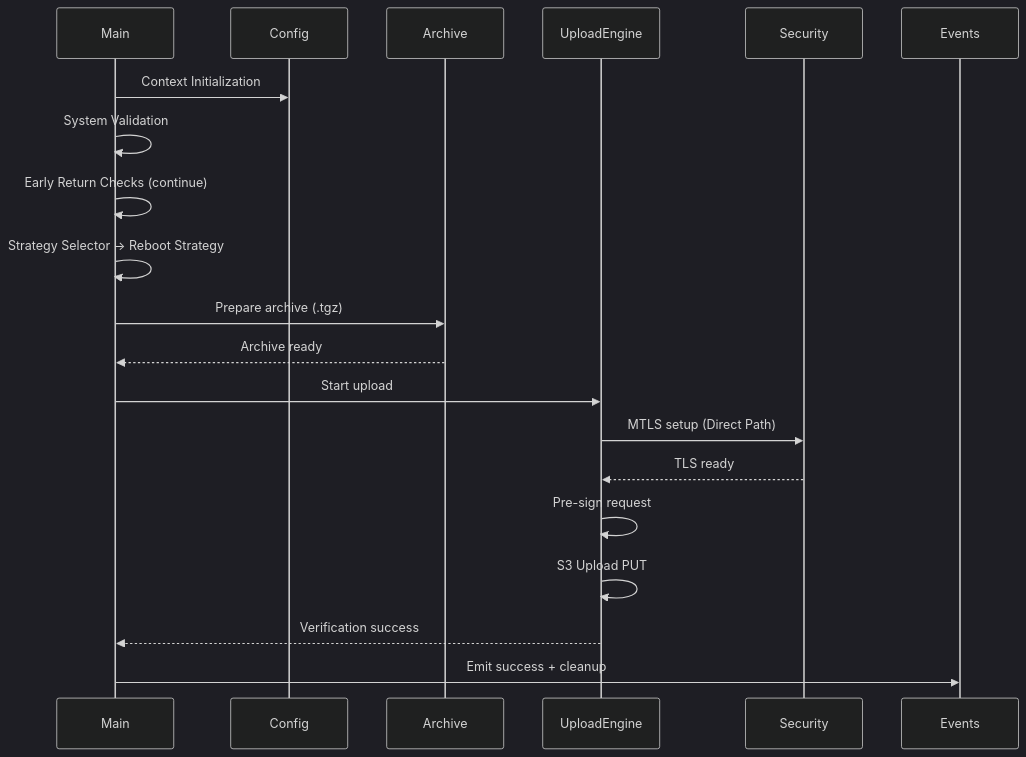
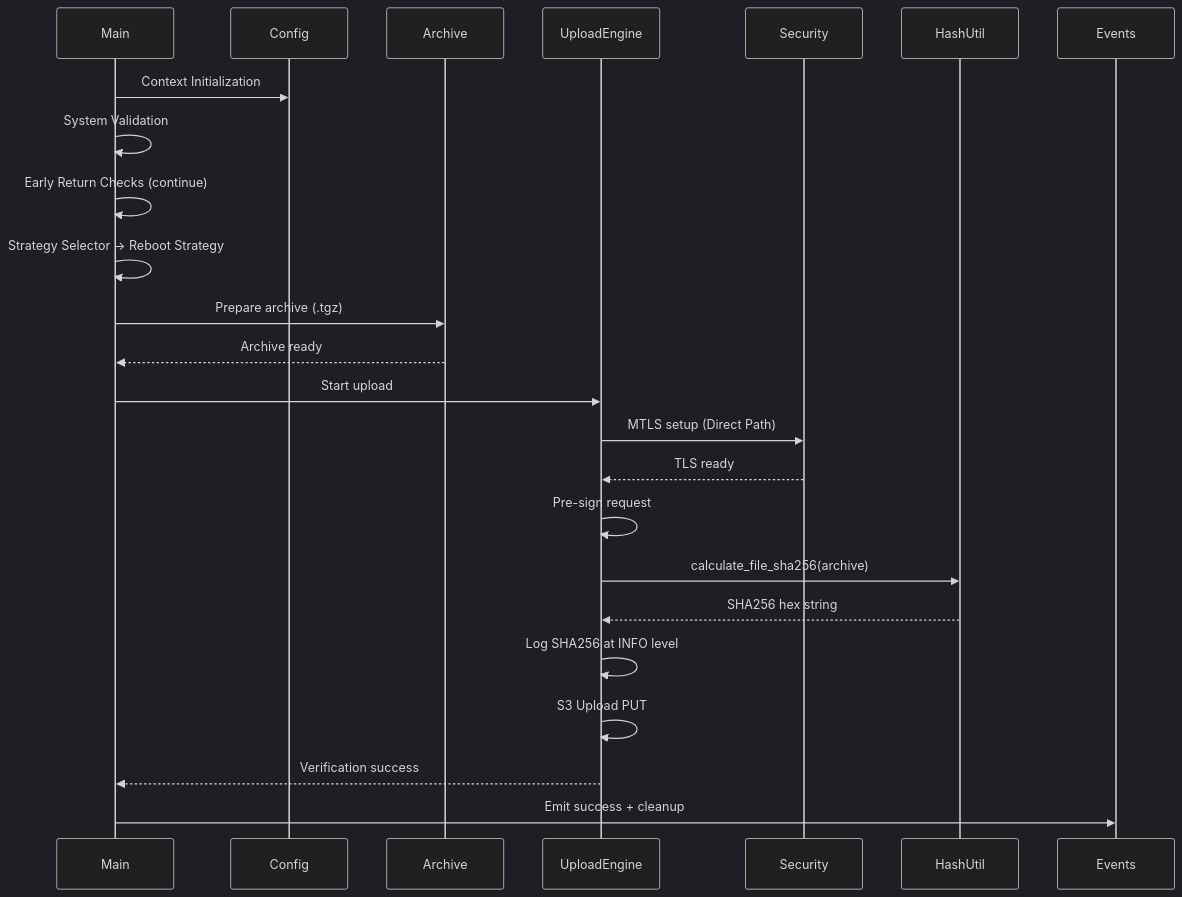
One commit to rdkcentral/dcm-agent changed the first of 4 diagrams in uploadstblogs/docs/diagrams/uploadSTBLogs_sequence.md. Above: the diagram before and after it, drawn with Mermaid (dark theme). The commit also changed other lines of this file and 9 other files, not shown here.

First line of the commit message:
RDKEMW-14842 [Logupload] Sha value need to be print in dcmscript.log for all types of logupload (#111)

````diff
--- a/uploadstblogs/docs/diagrams/uploadSTBLogs_sequence.md
+++ b/uploadstblogs/docs/diagrams/uploadSTBLogs_sequence.md
@@ -4,23 +4,27 @@
 ```mermaid
 sequenceDiagram
     participant Main
     participant Config
     participant Archive
     participant UploadEngine
     participant Security
+    participant HashUtil
     participant Events
 
     Main->>Config: Context Initialization
     Main->>Main: System Validation
     Main->>Main: Early Return Checks (continue)
     Main->>Main: Strategy Selector -> Reboot Strategy
     Main->>Archive: Prepare archive (.tgz)
     Archive-->>Main: Archive ready
     Main->>UploadEngine: Start upload
     UploadEngine->>Security: MTLS setup (Direct Path)
     Security-->>UploadEngine: TLS ready
     UploadEngine->>UploadEngine: Pre-sign request
+    UploadEngine->>HashUtil: calculate_file_sha256(archive)
+    HashUtil-->>UploadEngine: SHA256 hex string
+    UploadEngine->>UploadEngine: Log SHA256 at INFO level
     UploadEngine->>UploadEngine: S3 Upload PUT
     UploadEngine-->>Main: Verification success
     Main->>Events: Emit success + cleanup
 ```
````
